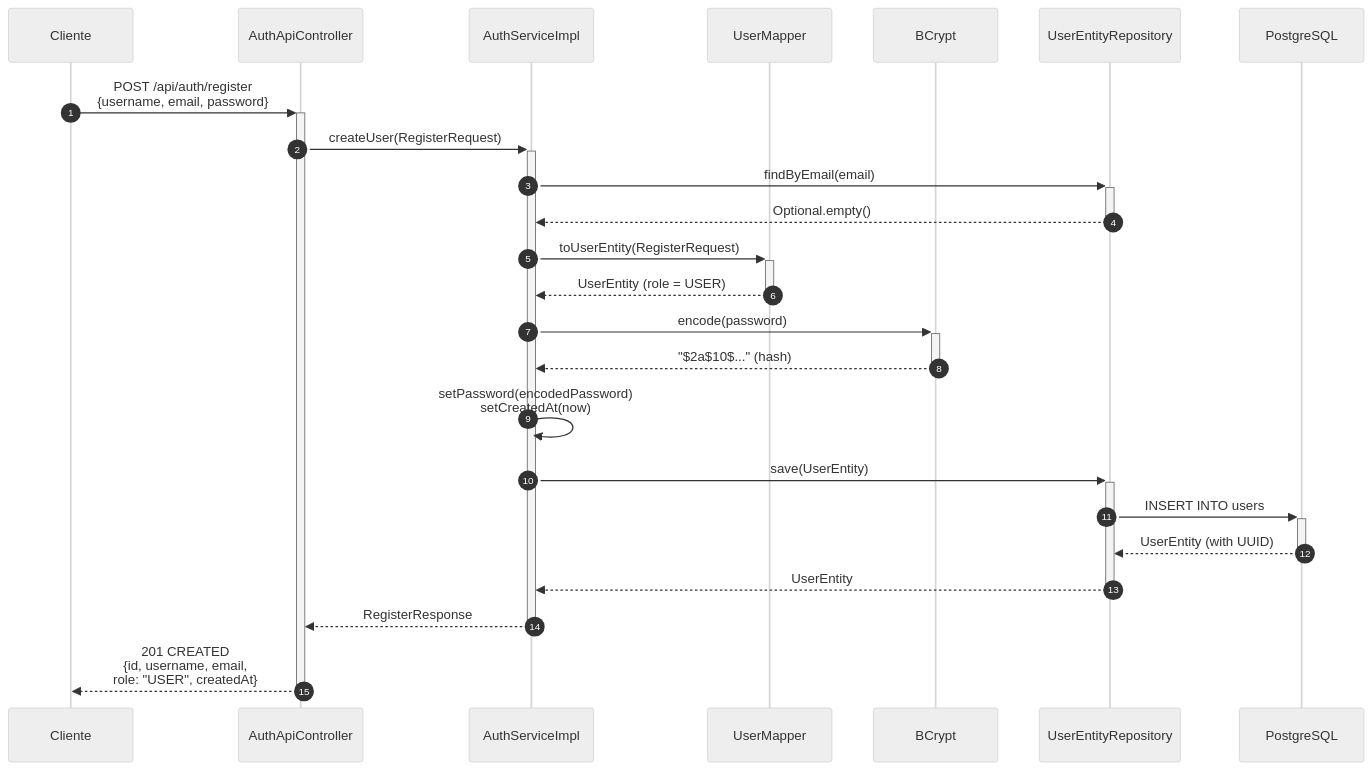
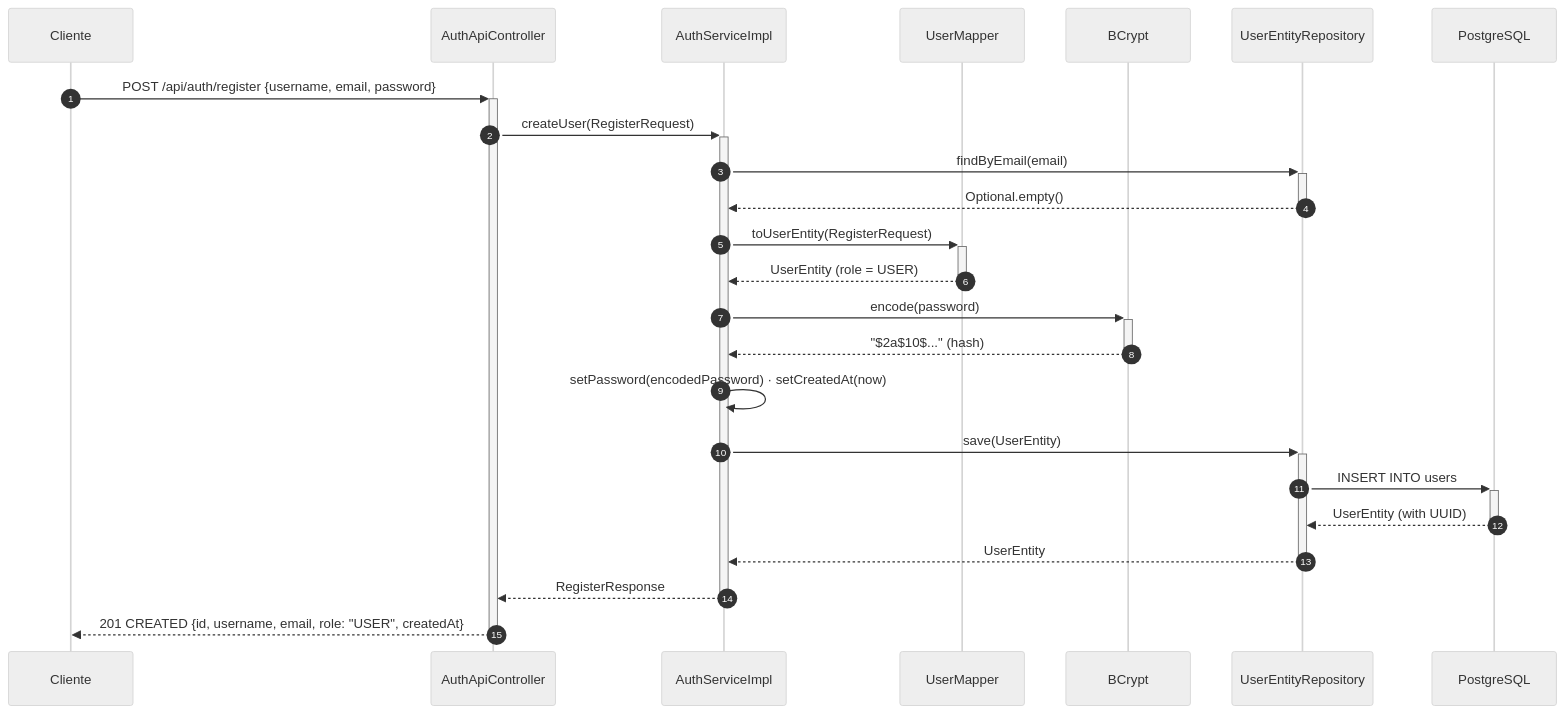
Before and after one commit to dio-quincarDev/springsecurity-basics: the third of 8 diagrams in docs/ARQUITECTURA.md, drawn with Mermaid (neutral theme). The commit also changed other lines of this file, not shown here.

Commit message:
Mejora de Diagramas

````diff
--- a/docs/ARQUITECTURA.md
+++ b/docs/ARQUITECTURA.md
@@ -115,27 +115,27 @@
 ```mermaid
 sequenceDiagram
     autonumber
     participant C as Cliente
     participant CTRL as AuthApiController
     participant AUTH as AuthServiceImpl
     participant MAPPER as UserMapper
     participant BC as BCrypt
     participant REPO as UserEntityRepository
     participant DB as PostgreSQL
 
-    C->>+CTRL: POST /api/auth/register<br/>{username, email, password}
+    C->>+CTRL: POST /api/auth/register {username, email, password}
     CTRL->>+AUTH: createUser(RegisterRequest)
     AUTH->>+REPO: findByEmail(email)
     REPO-->>-AUTH: Optional.empty()
     AUTH->>+MAPPER: toUserEntity(RegisterRequest)
     MAPPER-->>-AUTH: UserEntity (role = USER)
     AUTH->>+BC: encode(password)
     BC-->>-AUTH: "$2a$10$..." (hash)
-    AUTH->>AUTH: setPassword(encodedPassword)<br/>setCreatedAt(now)
+    AUTH->>AUTH: setPassword(encodedPassword) · setCreatedAt(now)
     AUTH->>+REPO: save(UserEntity)
     REPO->>+DB: INSERT INTO users
     DB-->>-REPO: UserEntity (with UUID)
     REPO-->>-AUTH: UserEntity
     AUTH-->>-CTRL: RegisterResponse
-    CTRL-->>-C: 201 CREATED<br/>{id, username, email,<br/>role: "USER", createdAt}
+    CTRL-->>-C: 201 CREATED {id, username, email, role: "USER", createdAt}
 ```
````
